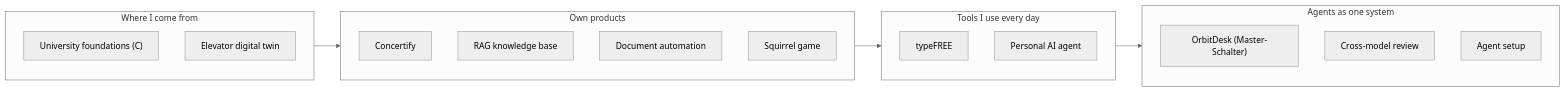
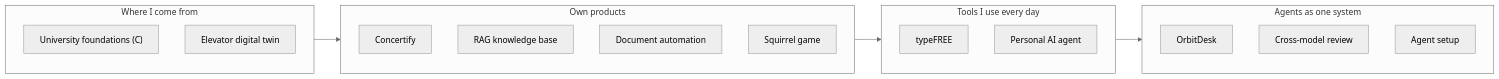
The second of 2 diagrams in README.md (HeartledAgentEngineer/agentic-ai-software-engineering), drawn with Mermaid (neutral theme) before and after one commit. The commit also changed other lines of this file and 121 other files, not shown here.

First line of the commit message:
docs(orbitdesk): show the app as OrbitDesk, folder projects/orbitdesk

````diff
--- a/README.md
+++ b/README.md
@@ -81,23 +81,23 @@
 ```mermaid
 graph LR
     subgraph OT["Where I come from"]
         U["University foundations (C)"]
         E["Elevator digital twin"]
     end
     subgraph Products["Own products"]
         C["Concertify"]
         R["RAG knowledge base"]
         D["Document automation"]
         S["Squirrel game"]
     end
     subgraph Daily["Tools I use every day"]
         T["typeFREE"]
         P["Personal AI agent"]
     end
     subgraph System["Agents as one system"]
-        M["OrbitDesk (Master-Schalter)"]
+        M["OrbitDesk"]
         X["Cross-model review"]
         A["Agent setup"]
     end
     OT --> Products --> Daily --> System
 ```
````
